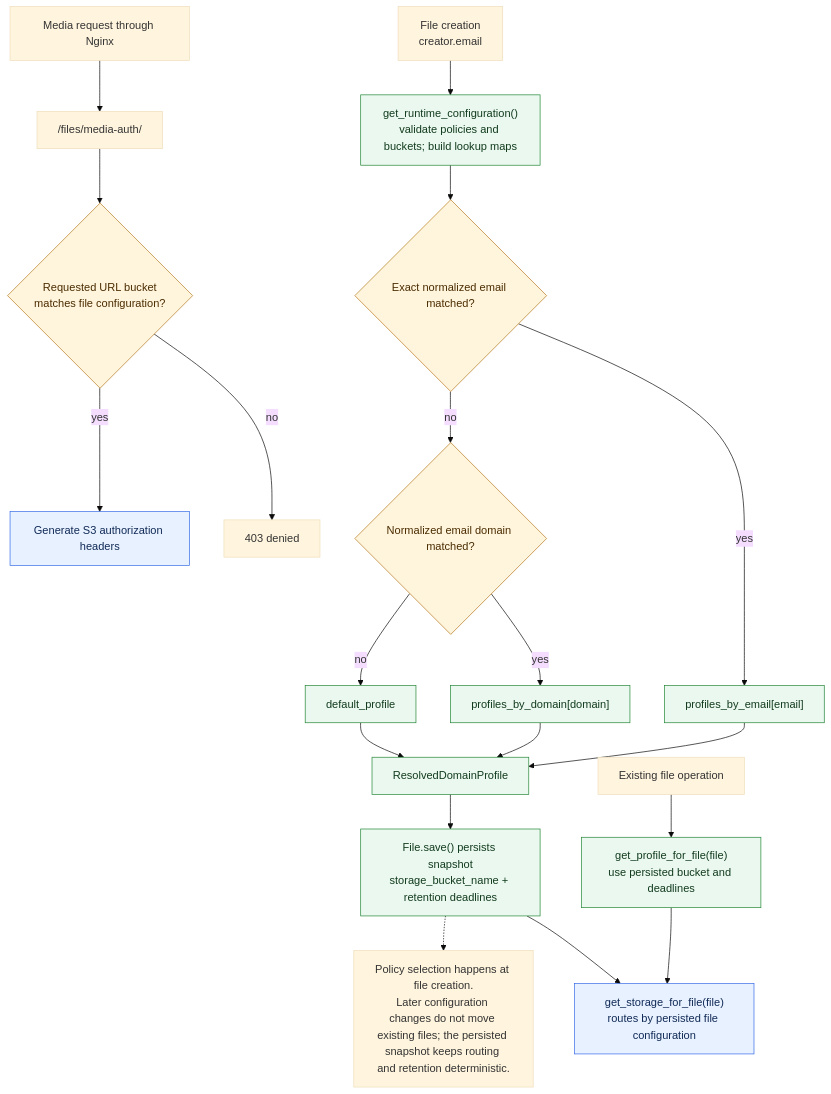
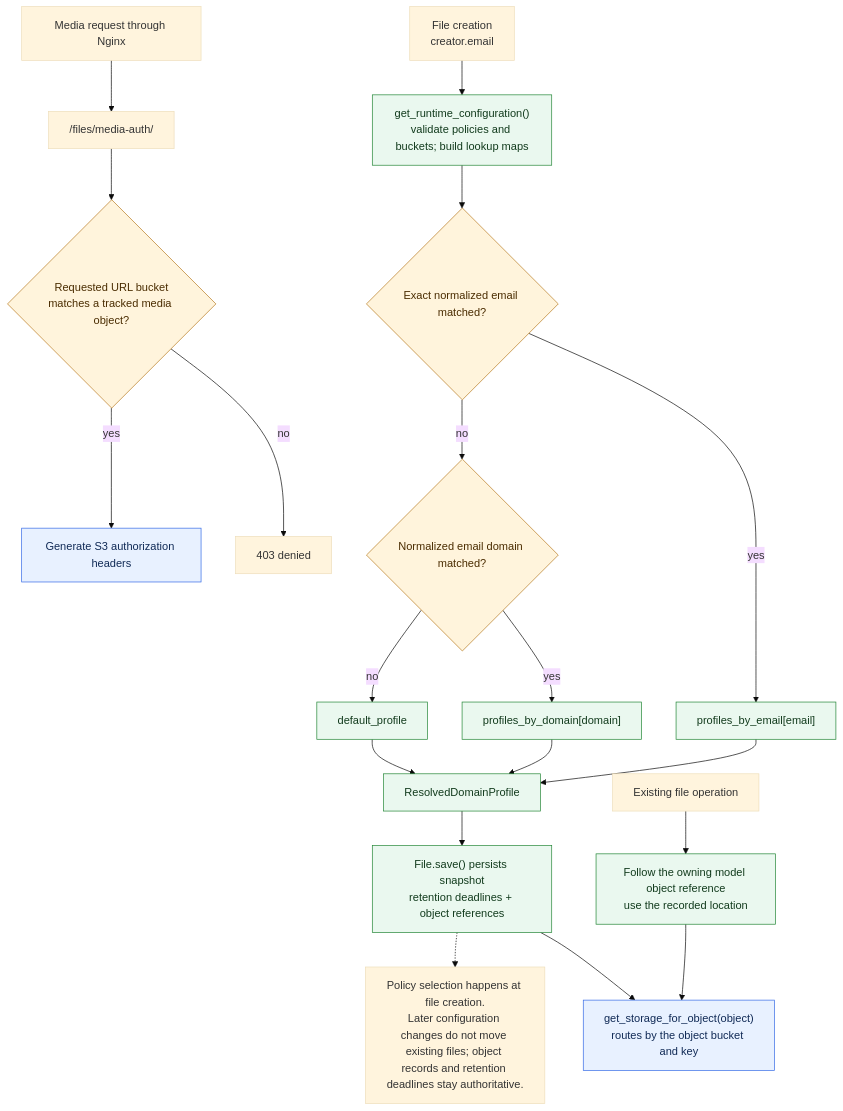
The diagram in docs/diagrams/file-routing-by-data-policy.mmd (suitenumerique/dictaphone), drawn with Mermaid (base theme) before and after one commit. The commit also changed 27 other files, not shown here.

First line of the commit message:
♻️(backend) resolve artifact locations through object references

```diff
--- a/docs/diagrams/file-routing-by-data-policy.mmd
+++ b/docs/diagrams/file-routing-by-data-policy.mmd
@@ -1,36 +1,36 @@
 %% Sources: src/backend/core/configuration.py, src/backend/core/models.py,
 %%          src/backend/core/storage.py, src/backend/core/utils.py,
 %%          src/backend/core/api/viewsets.py
 flowchart TD
     Create["File creation<br/>creator.email"] --> Runtime["get_runtime_configuration()<br/>validate policies and buckets; build lookup maps"]
     Runtime --> Email{"Exact normalized email matched?"}
     Email -->|"yes"| EmailProfile["profiles_by_email[email]"]
     Email -->|"no"| Domain{"Normalized email domain matched?"}
     Domain -->|"yes"| DomainProfile["profiles_by_domain[domain]"]
     Domain -->|"no"| Default["default_profile"]
 
     EmailProfile --> Profile["ResolvedDomainProfile"]
     DomainProfile --> Profile
     Default --> Profile
 
-    Profile --> Snapshot["File.save() persists snapshot<br/>storage_bucket_name + retention deadlines"]
+    Profile --> Snapshot["File.save() persists snapshot<br/>retention deadlines + object references"]
 
-    Snapshot --> Storage["get_storage_for_file(file)<br/>routes by persisted file configuration"]
+    Snapshot --> Storage["get_storage_for_object(object)<br/>routes by the object bucket and key"]
 
-    Existing["Existing file operation"] --> Persisted["get_profile_for_file(file)<br/>use persisted bucket and deadlines"]
+    Existing["Existing file operation"] --> Persisted["Follow the owning model object reference<br/>use the recorded location"]
     Persisted --> Storage
 
     Media["Media request through Nginx"] --> Auth["/files/media-auth/"]
-    Auth --> BucketCheck{"Requested URL bucket<br/>matches file configuration?"}
+    Auth --> BucketCheck{"Requested URL bucket<br/>matches a tracked media object?"}
     BucketCheck -->|"no"| Deny["403 denied"]
     BucketCheck -->|"yes"| Signed["Generate S3 authorization headers"]
 
-    Note["Policy selection happens at file creation.<br/>Later configuration changes do not move existing files; the persisted snapshot keeps routing and retention deterministic."]
+    Note["Policy selection happens at file creation.<br/>Later configuration changes do not move existing files; object records and retention deadlines stay authoritative."]
     Snapshot -.-> Note
 
     classDef decision fill:#fff4dc,stroke:#b7791f,color:#4a2c00
     classDef storage fill:#e8f1ff,stroke:#356ae6,color:#102a56
     classDef policy fill:#eaf8ef,stroke:#238636,color:#123b1d
     class Email,Domain,BucketCheck decision
     class Storage,Final,Signed storage
     class Runtime,EmailProfile,DomainProfile,Default,Profile,Snapshot,Persisted policy
```
